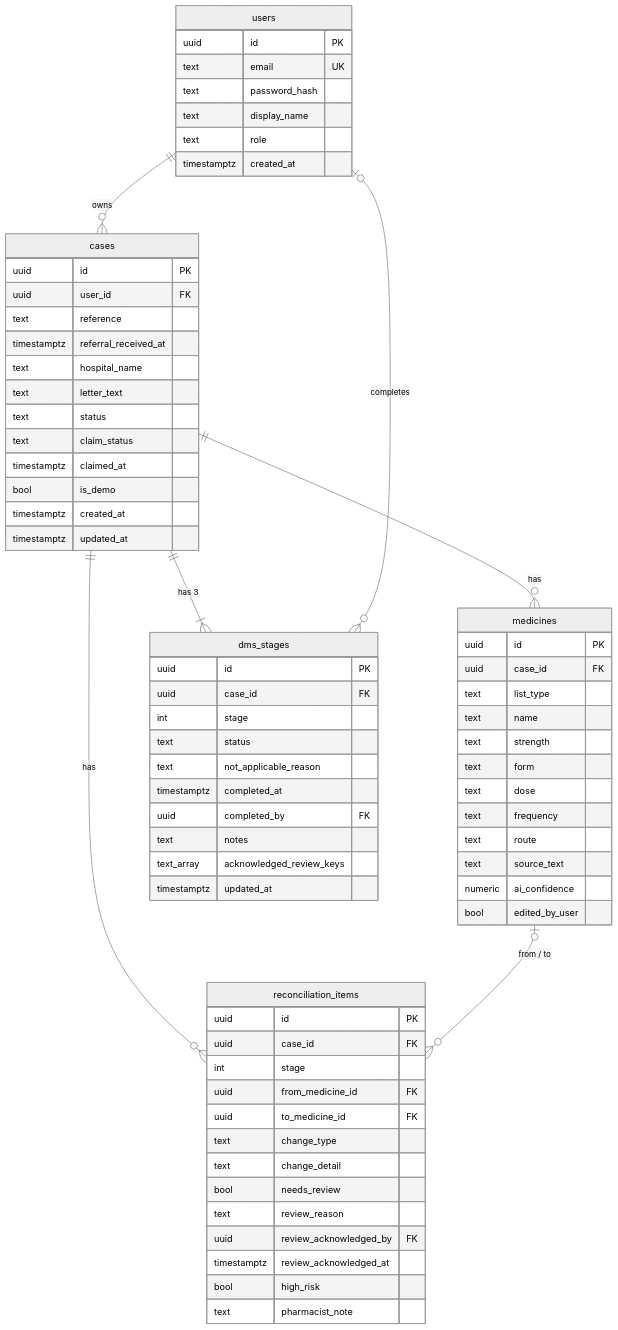
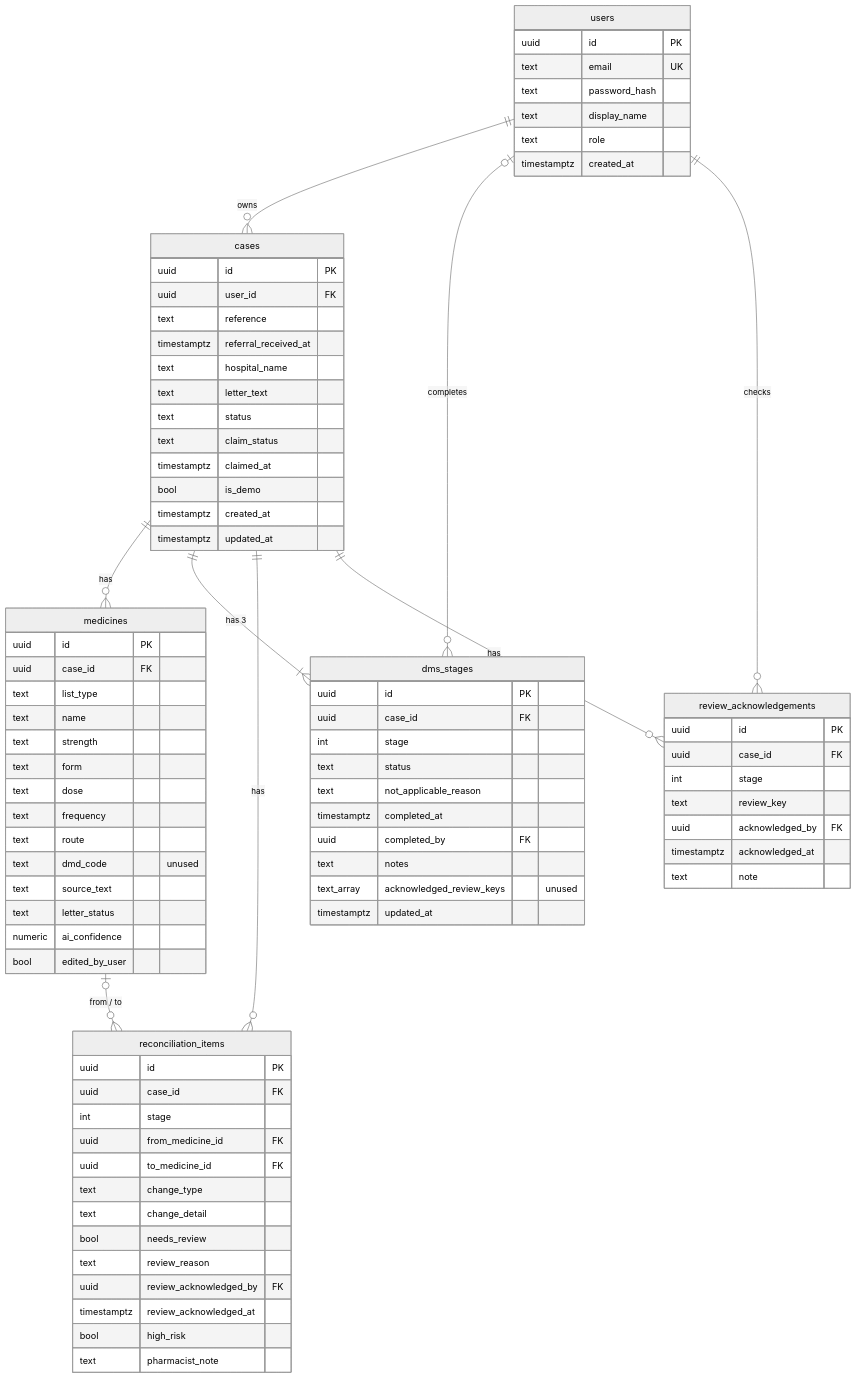
Before and after one commit to 21walel-DATA/dischargeiq: the second of 2 diagrams in docs/architecture.md, drawn with Mermaid (neutral theme). The commit also changed other lines of this file, not shown here.

Commit message:
docs: architecture v1.0 matches the finished app (upload, acknowledgements table, routes, logging, open items)

```diff
--- a/docs/architecture.md
+++ b/docs/architecture.md
@@ -137,8 +151,10 @@
   cases ||--o{ medicines : has
   cases ||--|{ dms_stages : "has 3"
   cases ||--o{ reconciliation_items : has
+  cases ||--o{ review_acknowledgements : has
   medicines |o--o{ reconciliation_items : "from / to"
   users |o--o{ dms_stages : completes
+  users ||--o{ review_acknowledgements : checks
   users {
     uuid id PK
     text email UK
@@ -170,8 +186,17 @@
     timestamptz completed_at
     uuid completed_by FK
     text notes
-    text_array acknowledged_review_keys
+    text_array acknowledged_review_keys "unused"
     timestamptz updated_at
+  }
+  review_acknowledgements {
+    uuid id PK
+    uuid case_id FK
+    int stage
+    text review_key
+    uuid acknowledged_by FK
+    timestamptz acknowledged_at
+    text note
   }
   medicines {
     uuid id PK
@@ -183,7 +208,9 @@
     text dose
     text frequency
     text route
+    text dmd_code "unused"
     text source_text
+    text letter_status
     numeric ai_confidence
     bool edited_by_user
   }
```
